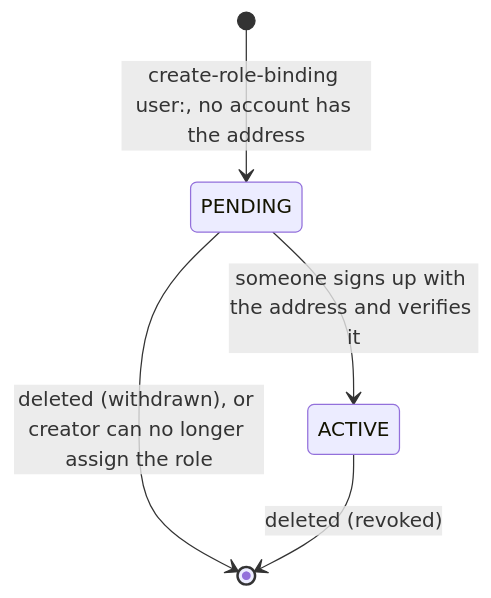
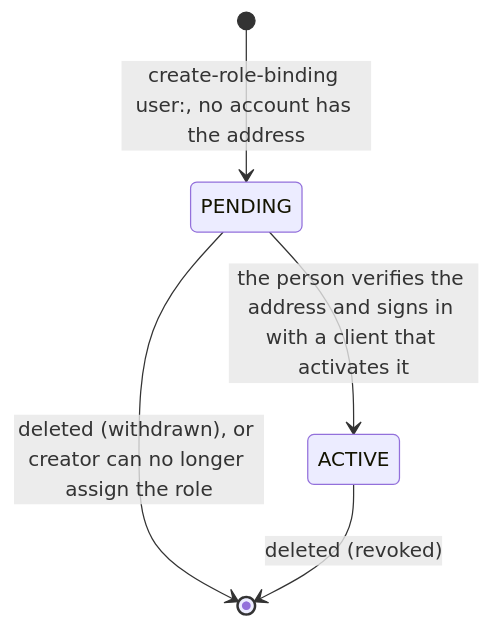
One commit to origincloudhq/docs changed the diagram in docs/iam/assign-roles.md. Above: the diagram before and after it, drawn with Mermaid. The commit also changed other lines of this file and 100 other files, not shown here.

````diff
--- a/docs/iam/assign-roles.md
+++ b/docs/iam/assign-roles.md
@@ -100,9 +100,9 @@
 ```mermaid
 stateDiagram-v2
     accTitle: Lifecycle of a role binding
-    accDescr: A pending binding becomes active when its address signs up and verifies it, or ends when withdrawn or dropped; an active binding ends when deleted.
+    accDescr: A pending binding becomes active when the person verifies its address and signs in, or ends when withdrawn or dropped; an active binding ends when deleted.
     [*] --> PENDING: create-role-binding user:<email>, no account has the address
-    PENDING --> ACTIVE: someone signs up with the address and verifies it
+    PENDING --> ACTIVE: the person verifies the address and signs in with a client that activates it
     PENDING --> [*]: deleted (withdrawn), or creator can no longer assign the role
     ACTIVE --> [*]: deleted (revoked)
 ```
````
